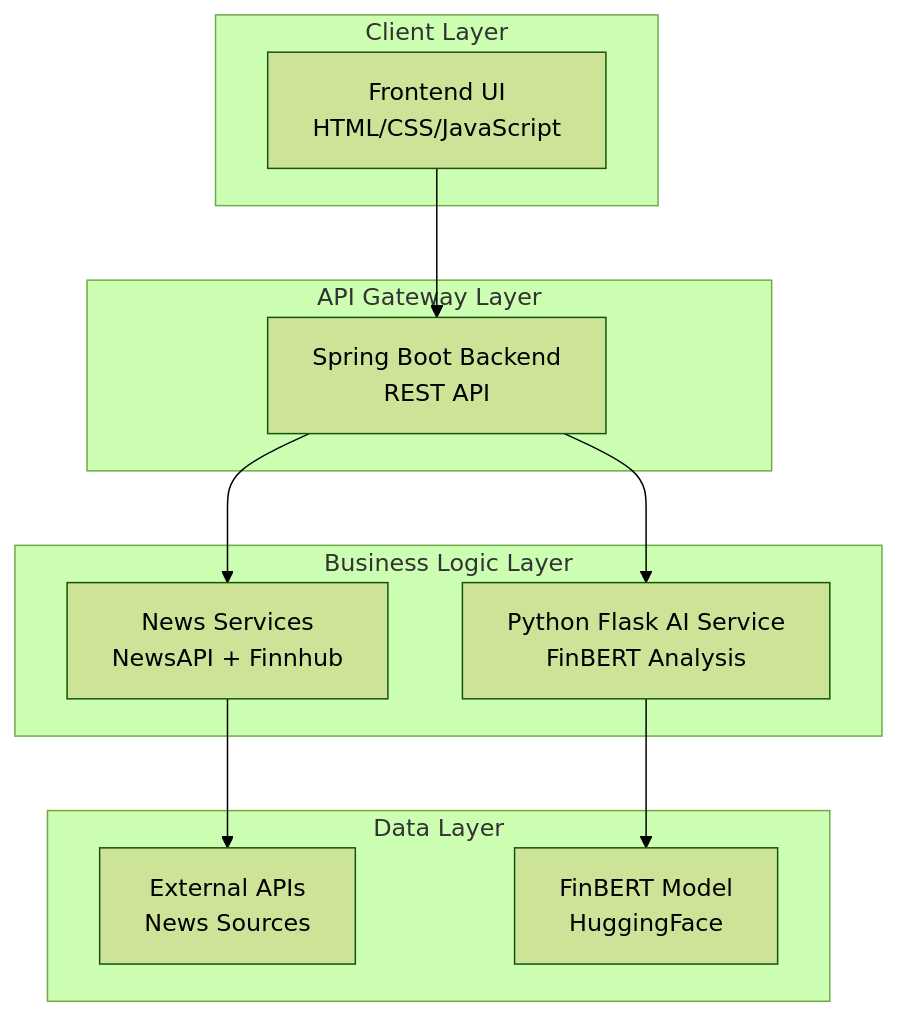
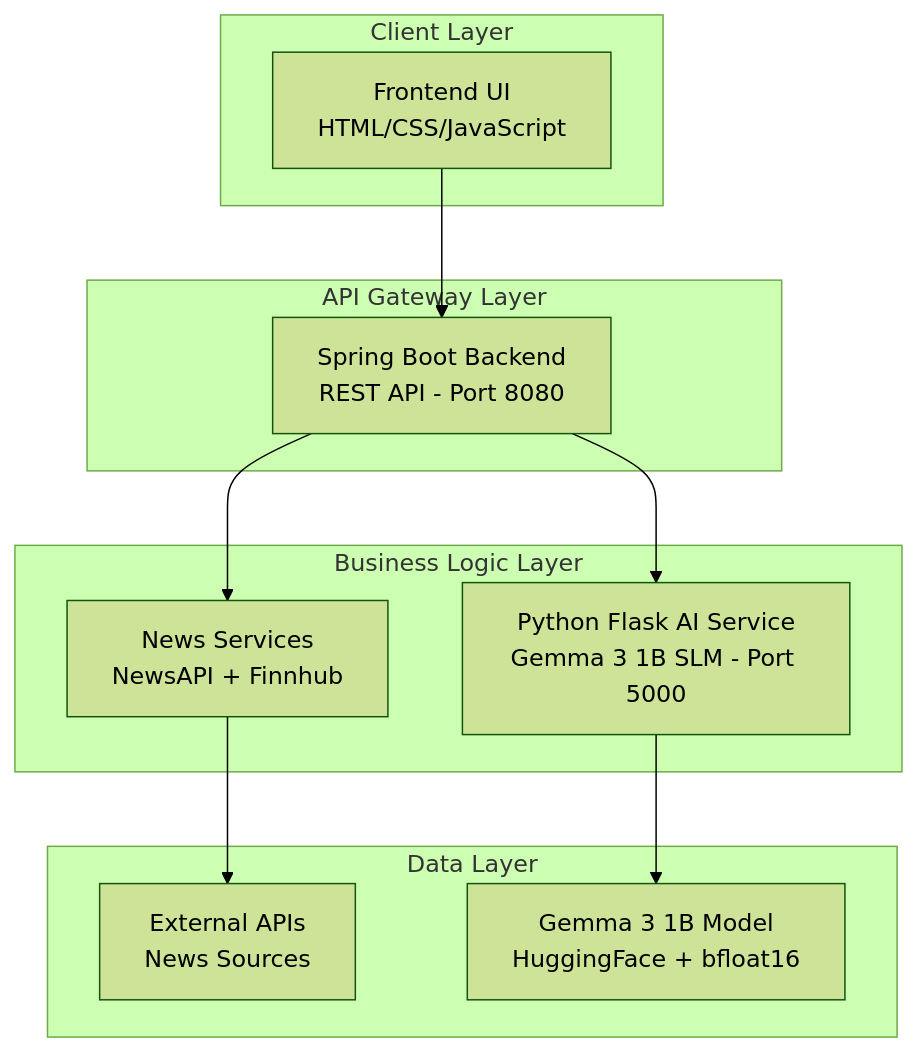
The first of 2 diagrams in .qoder/repowiki/en/content/Core Architecture.md (ayushtiwari1526/TheReinforcers_AyushTiwari), drawn with Mermaid (forest theme) before and after one commit. The commit also changed other lines of this file and 16 other files, not shown here.

````diff
--- a/.qoder/repowiki/en/content/Core Architecture.md
+++ b/.qoder/repowiki/en/content/Core Architecture.md
@@ -51,22 +54,22 @@
 ```mermaid
 graph TB
 subgraph "Client Layer"
 FE[Frontend UI<br/>HTML/CSS/JavaScript]
 end
 subgraph "API Gateway Layer"
-BE[Spring Boot Backend<br/>REST API]
+BE[Spring Boot Backend<br/>REST API - Port 8080]
 end
 subgraph "Business Logic Layer"
-AI[Python Flask AI Service<br/>FinBERT Analysis]
+AI[Python Flask AI Service<br/>Gemma 3 1B SLM - Port 5000]
 NS[News Services<br/>NewsAPI + Finnhub]
 end
 subgraph "Data Layer"
 DB[External APIs<br/>News Sources]
-MODEL[FinBERT Model<br/>HuggingFace]
+MODEL[Gemma 3 1B Model<br/>HuggingFace + bfloat16]
 end
 FE --> BE
 BE --> AI
 BE --> NS
 AI --> MODEL
 NS --> DB
 ```
````
